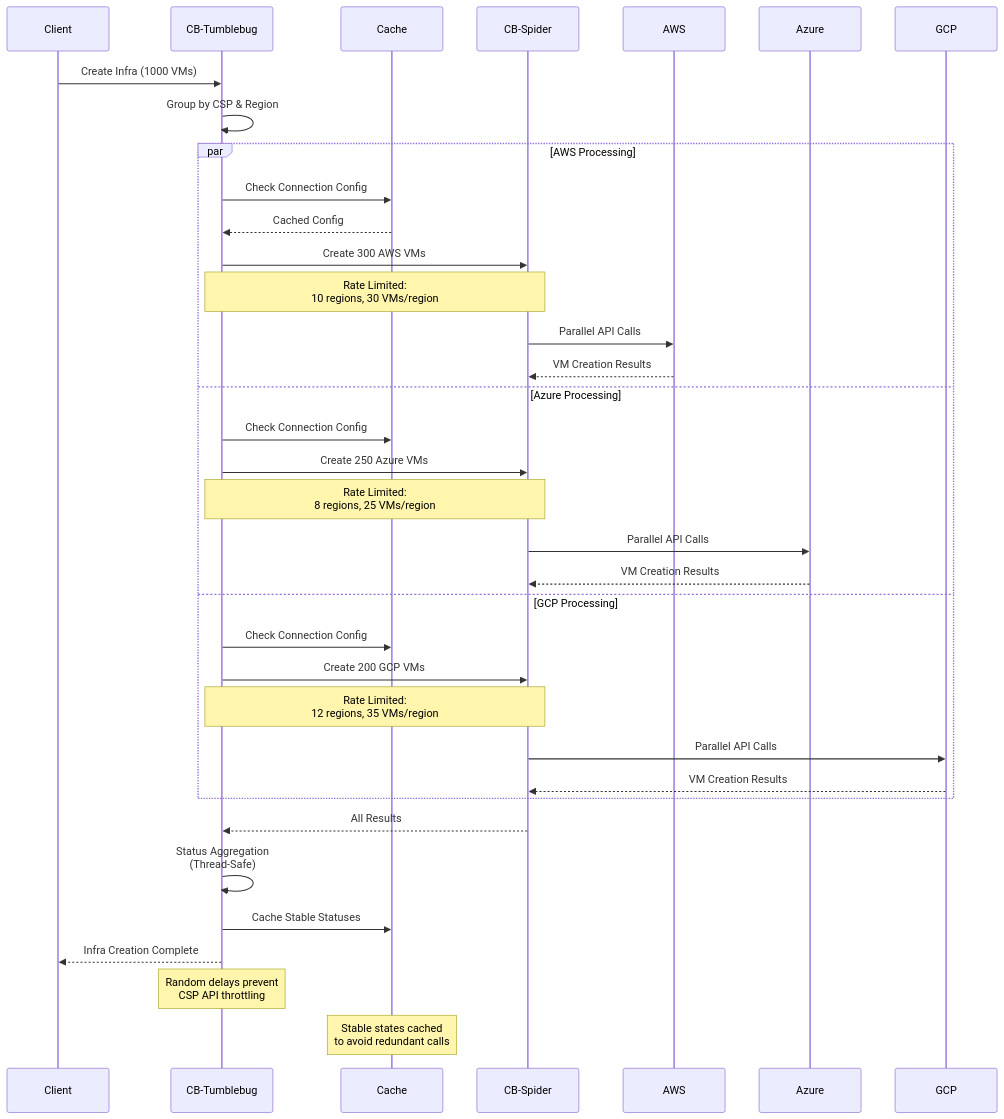
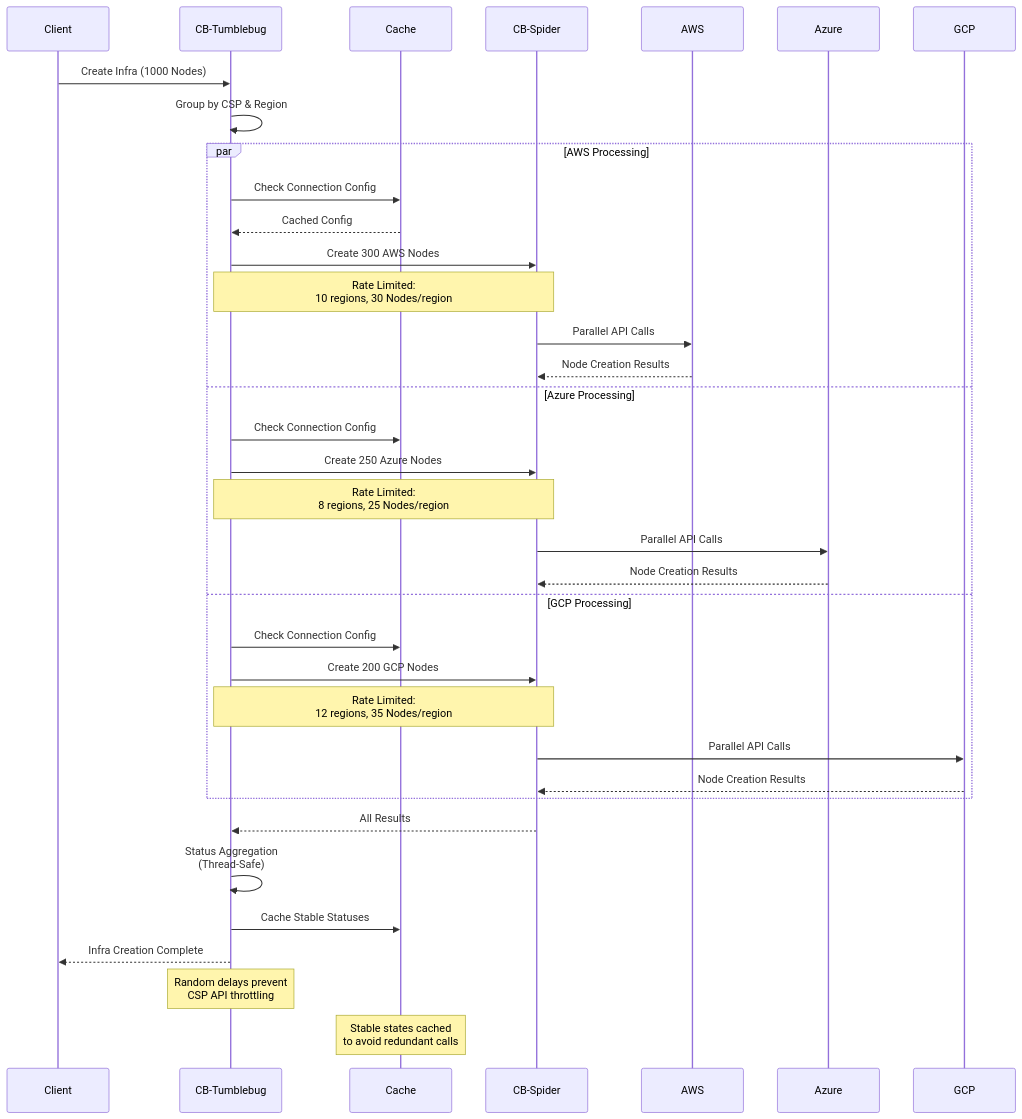
One commit to cloud-barista/cb-tumblebug changed the eighth of 9 diagrams in docs/feature_guide/high-scale-provisioning-architecture.md. Above: the diagram before and after it, drawn with Mermaid. The commit also changed other lines of this file and 81 other files, not shown here.

````diff
--- a/docs/feature_guide/high-scale-provisioning-architecture.md
+++ b/docs/feature_guide/high-scale-provisioning-architecture.md
@@ -368,42 +368,42 @@
 ```mermaid
 sequenceDiagram
     participant Client
     participant TB as CB-Tumblebug
     participant Cache
     participant Spider as CB-Spider
     participant CSP1 as AWS
     participant CSP2 as Azure
     participant CSP3 as GCP
     
-    Client->>TB: Create Infra (1000 VMs)
+    Client->>TB: Create Infra (1000 Nodes)
     TB->>TB: Group by CSP & Region
     
     par AWS Processing
         TB->>Cache: Check Connection Config
         Cache-->>TB: Cached Config
-        TB->>Spider: Create 300 AWS VMs
-        Note over TB,Spider: Rate Limited:<br/>10 regions, 30 VMs/region
+        TB->>Spider: Create 300 AWS Nodes
+        Note over TB,Spider: Rate Limited:<br/>10 regions, 30 Nodes/region
         Spider->>CSP1: Parallel API Calls
-        CSP1-->>Spider: VM Creation Results
+        CSP1-->>Spider: Node Creation Results
     and Azure Processing
         TB->>Cache: Check Connection Config
-        TB->>Spider: Create 250 Azure VMs
-        Note over TB,Spider: Rate Limited:<br/>8 regions, 25 VMs/region
+        TB->>Spider: Create 250 Azure Nodes
+        Note over TB,Spider: Rate Limited:<br/>8 regions, 25 Nodes/region
         Spider->>CSP2: Parallel API Calls
-        CSP2-->>Spider: VM Creation Results
+        CSP2-->>Spider: Node Creation Results
     and GCP Processing
         TB->>Cache: Check Connection Config
-        TB->>Spider: Create 200 GCP VMs
-        Note over TB,Spider: Rate Limited:<br/>12 regions, 35 VMs/region
+        TB->>Spider: Create 200 GCP Nodes
+        Note over TB,Spider: Rate Limited:<br/>12 regions, 35 Nodes/region
         Spider->>CSP3: Parallel API Calls
-        CSP3-->>Spider: VM Creation Results
+        CSP3-->>Spider: Node Creation Results
     end
     
     Spider-->>TB: All Results
     TB->>TB: Status Aggregation<br/>(Thread-Safe)
     TB->>Cache: Cache Stable Statuses
     TB-->>Client: Infra Creation Complete
     
     Note over TB: Random delays prevent<br/>CSP API throttling
     Note over Cache: Stable states cached<br/>to avoid redundant calls
 ```
````
